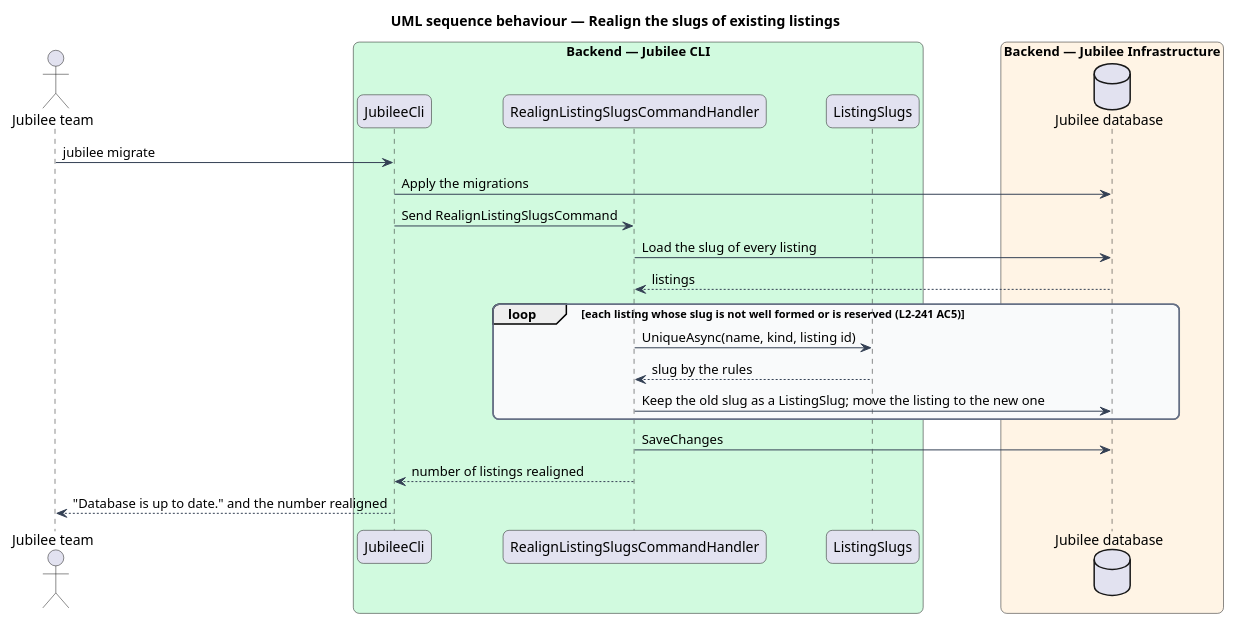
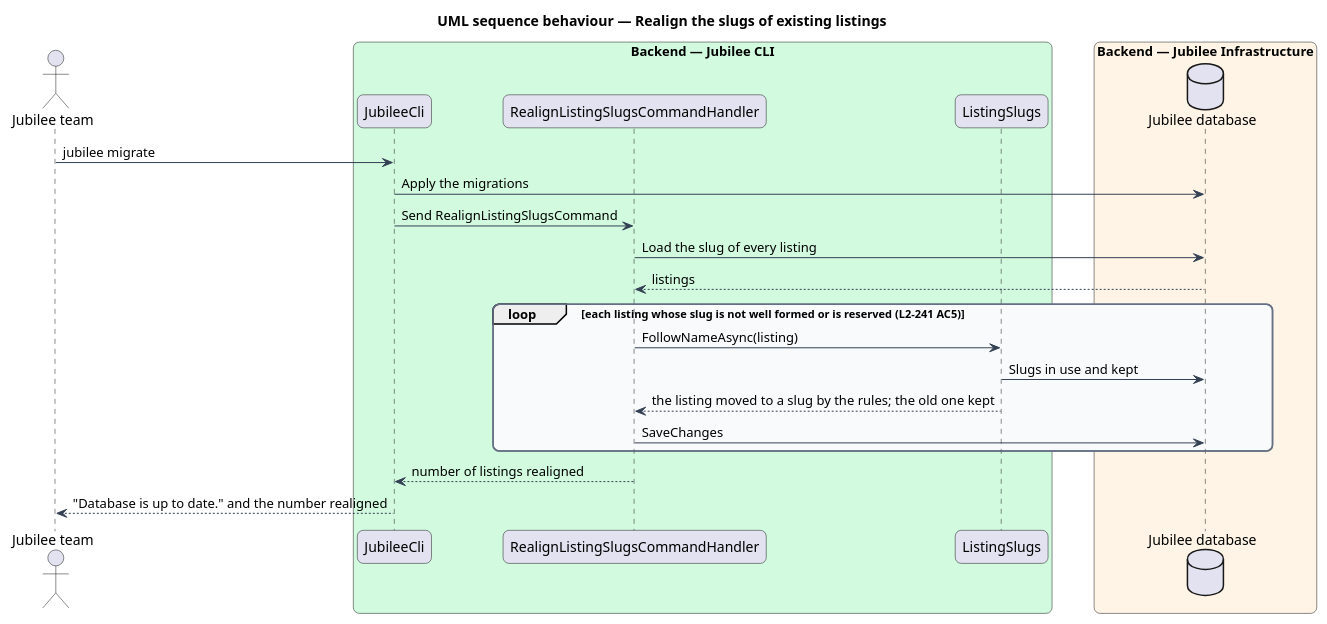
Before and after one commit to QuinntyneBrown/jubilee: the diagram in docs/detailed-designs/listings/give-listing-an-address/diagrams/sequence-realign-slugs.puml, drawn with PlantUML. The commit also changed 21 other files, not shown here.

```diff
--- a/docs/detailed-designs/listings/give-listing-an-address/diagrams/sequence-realign-slugs.puml
+++ b/docs/detailed-designs/listings/give-listing-an-address/diagrams/sequence-realign-slugs.puml
@@ -1,39 +1,39 @@
 @startuml
 title UML sequence behaviour — Realign the slugs of existing listings
 skinparam backgroundColor #FFFFFF
 skinparam shadowing false
 skinparam roundcorner 12
 skinparam defaultFontName Arial
 skinparam ArrowColor #344054
 skinparam rectangle {
   BorderColor #344054
   FontColor #101828
 }
 skinparam package {
   BorderColor #667085
   FontColor #101828
   BackgroundColor #F9FAFB
 }
 actor "Jubilee team" as team
 box "Backend — Jubilee CLI" #D1FADF
   participant "JubileeCli" as cli
   participant "RealignListingSlugsCommandHandler" as handler
   participant "ListingSlugs" as slugs
 end box
 box "Backend — Jubilee Infrastructure" #FFF4E5
   database "Jubilee database" as db
 end box
 team -> cli : jubilee migrate
 cli -> db : Apply the migrations
 cli -> handler : Send RealignListingSlugsCommand
 handler -> db : Load the slug of every listing
 db --> handler : listings
 loop each listing whose slug is not well formed or is reserved (L2-241 AC5)
-  handler -> slugs : UniqueAsync(name, kind, listing id)
-  slugs --> handler : slug by the rules
-  handler -> db : Keep the old slug as a ListingSlug; move the listing to the new one
+  handler -> slugs : FollowNameAsync(listing)
+  slugs -> db : Slugs in use and kept
+  slugs --> handler : the listing moved to a slug by the rules; the old one kept
+  handler -> db : SaveChanges
 end
-handler -> db : SaveChanges
 handler --> cli : number of listings realigned
 cli --> team : "Database is up to date." and the number realigned
 @enduml
```
